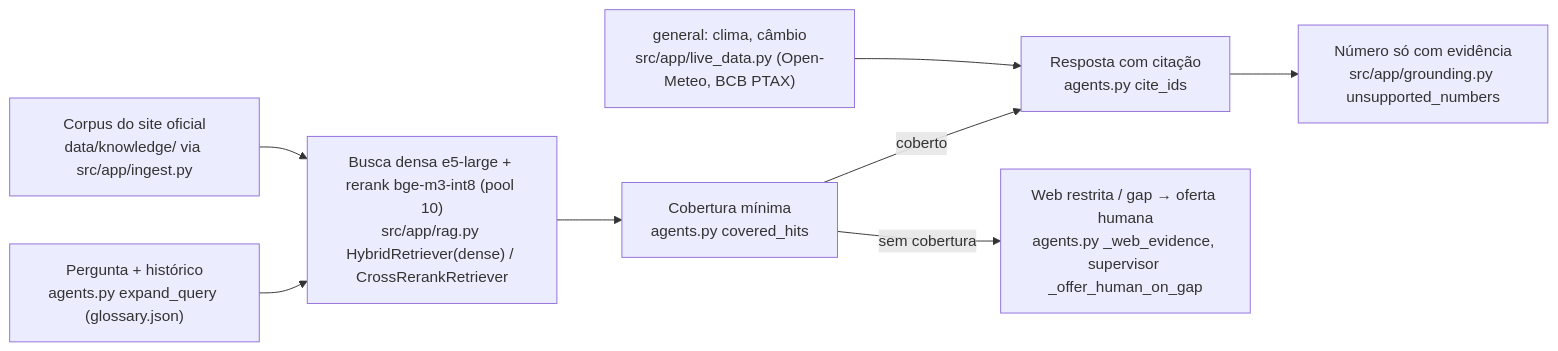
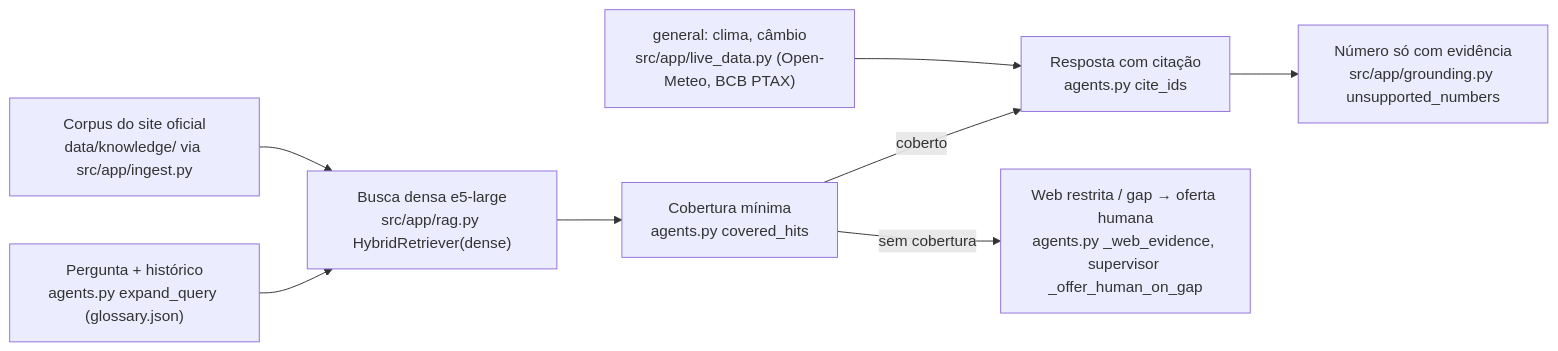
Before and after one commit to maathmartins-ux/getnet-support-agents-v5: the second of 3 diagrams in docs/ARCHITECTURE.md, drawn with Mermaid. The commit also changed other lines of this file and 2 other files, not shown here.

First line of the commit message:
docs: rerank medido e NÃO adotado (ADR 0008, arquitetura) e rascunho do README com a busca abaixo da meta e a leitura da divergência entre rotuladores

````diff
--- a/docs/ARCHITECTURE.md
+++ b/docs/ARCHITECTURE.md
@@ -36,10 +36,10 @@
 ```mermaid
 flowchart LR
-  Q["Pergunta + histórico<br/>agents.py expand_query (glossary.json)"] --> I["Busca densa e5-large + rerank bge-m3-int8 (pool 10)<br/>src/app/rag.py HybridRetriever(dense) / CrossRerankRetriever"]
+  Q["Pergunta + histórico<br/>agents.py expand_query (glossary.json)"] --> I["Busca densa e5-large<br/>src/app/rag.py HybridRetriever(dense)"]
   C["Corpus do site oficial<br/>data/knowledge/ via src/app/ingest.py"] --> I
   I --> H["Cobertura mínima<br/>agents.py covered_hits"]
   H -- coberto --> A["Resposta com citação<br/>agents.py cite_ids"]
   H -- sem cobertura --> W["Web restrita / gap → oferta humana<br/>agents.py _web_evidence, supervisor _offer_human_on_gap"]
   L["general: clima, câmbio<br/>src/app/live_data.py (Open-Meteo, BCB PTAX)"] --> A
   A --> N["Número só com evidência<br/>src/app/grounding.py unsupported_numbers"]
 ```
````
